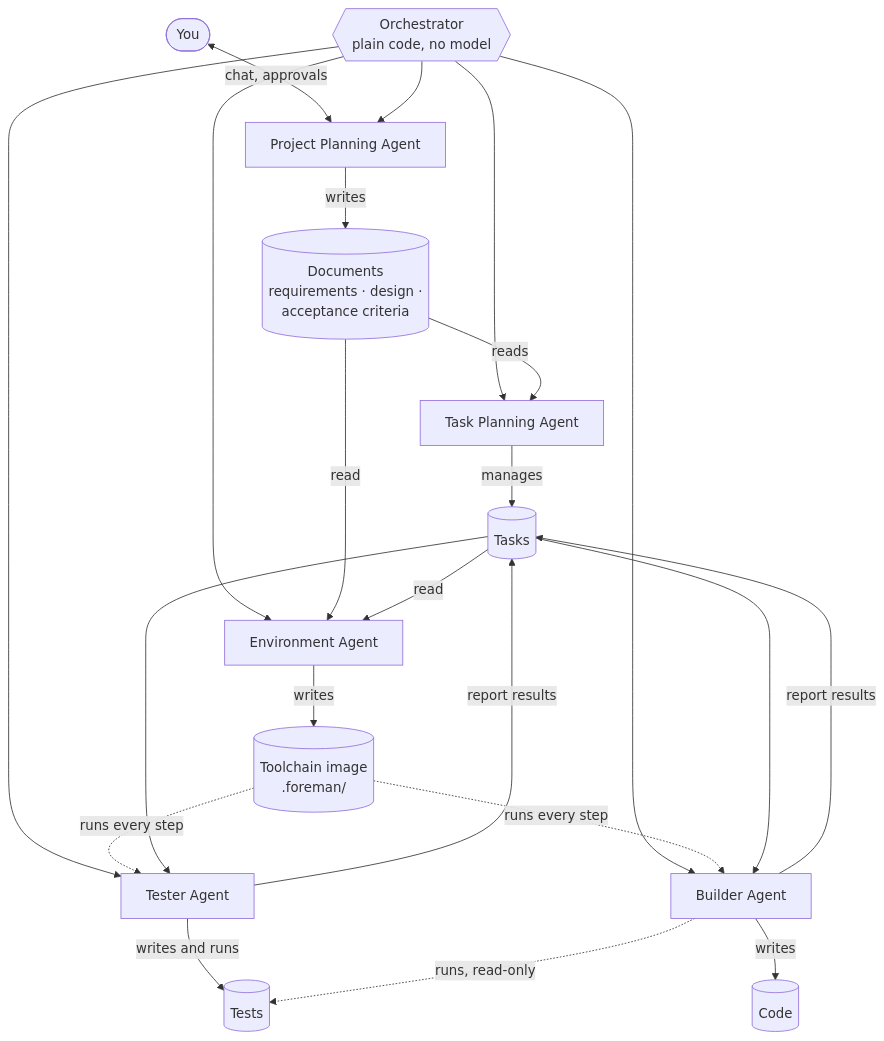
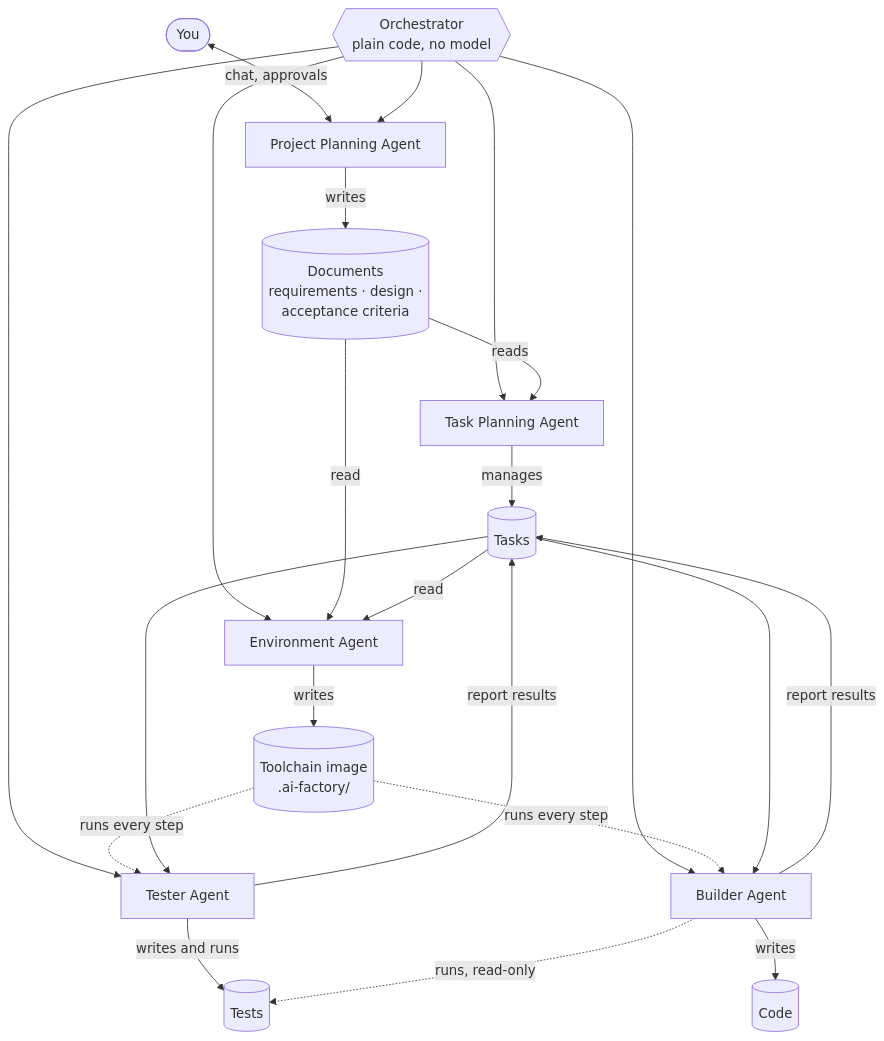
Before and after one commit to hofftodd/ai-factory: the second of 2 diagrams in ARCHITECTURE.md, drawn with Mermaid. The commit also changed other lines of this file and 144 other files, not shown here.

First line of the commit message:
Rename Foreman to ai-factory; match ai-swap's look

````diff
--- a/ARCHITECTURE.md
+++ b/ARCHITECTURE.md
@@ -51,18 +51,18 @@
 ```mermaid
 flowchart TB
     you([You]) <-- chat, approvals --> pp
     orch{{Orchestrator<br/>plain code, no model}}
     orch --> pp & tp & env & tester & builder
     pp[Project Planning Agent] -- writes --> docs[(Documents<br/>requirements · design ·<br/>acceptance criteria)]
     docs -- reads --> tp[Task Planning Agent]
     tp -- manages --> tasks[(Tasks)]
     docs & tasks -- read --> env[Environment Agent]
-    env -- writes --> image[(Toolchain image<br/>.foreman/)]
+    env -- writes --> image[(Toolchain image<br/>.ai-factory/)]
     image -. runs every step .-> tester & builder
     tasks --> tester[Tester Agent]
     tasks --> builder[Builder Agent]
     tester -- writes and runs --> tests[(Tests)]
     builder -- writes --> code[(Code)]
     builder -. runs, read-only .-> tests
     tester & builder -- report results --> tasks
 ```
````
